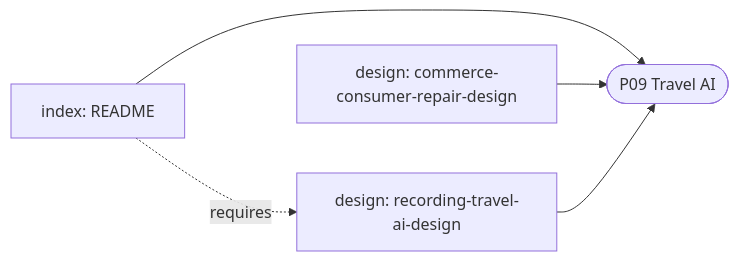
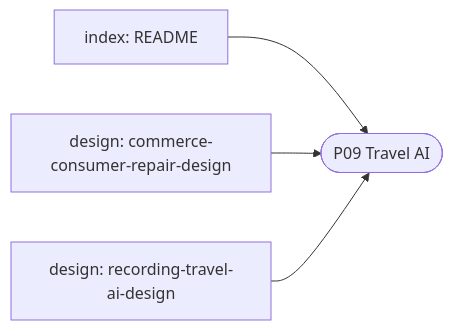
Before and after one commit to 0xmhha/nu-54v-dk-toy: the ninth of 10 diagrams in docs/content/analysis/xbar/FINDINGS.md, drawn with Mermaid. The commit also changed other lines of this file and 31 other files, not shown here.

````diff
--- a/docs/content/analysis/xbar/FINDINGS.md
+++ b/docs/content/analysis/xbar/FINDINGS.md
@@ -1002,8 +1212,7 @@
 ```mermaid
 graph LR
   P09(["P09 Travel AI"])
   d0["index: README"] --> P09
   d1["design: commerce-consumer-repair-design"] --> P09
   d2["design: recording-travel-ai-design"] --> P09
-  d0 -. requires .-> d2
 ```
````
